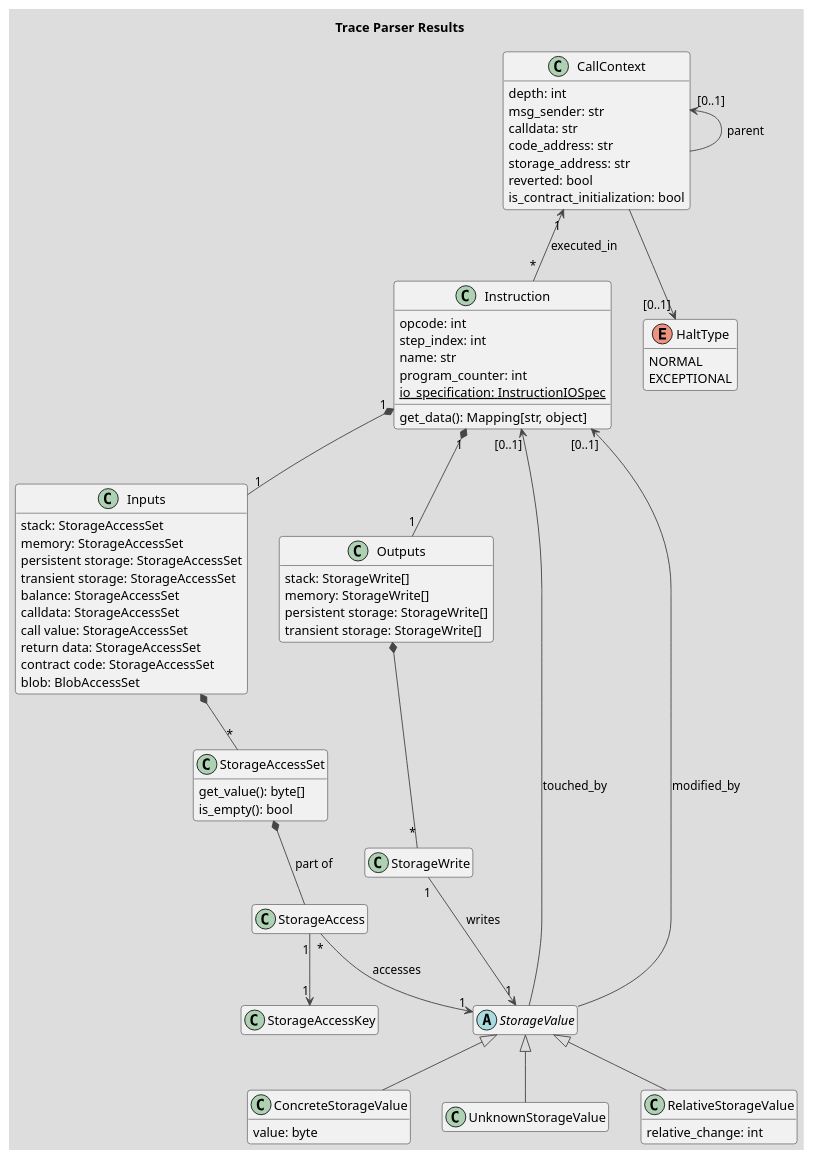
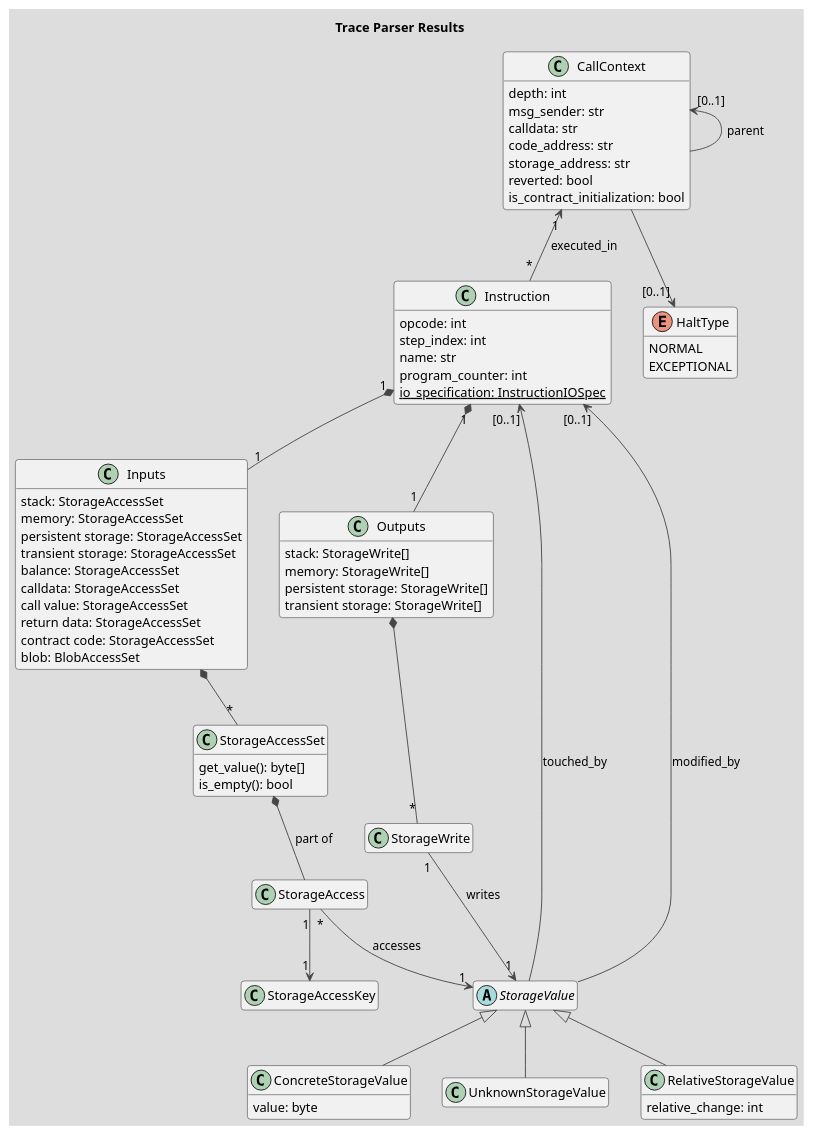
One commit to TOD-theses/traces_analyzer changed the first of 2 diagrams in docs/parsing.md. Above: the diagram before and after it, drawn with PlantUML. The commit also changed 7 other files, not shown here.

```diff
--- a/docs/parsing.md
+++ b/docs/parsing.md
@@ -34,7 +34,6 @@
   name: str
   program_counter: int
   {static} io_specification: InstructionIOSpec
-  get_data(): Mapping[str, object]
 }
 
 class Inputs {
```
